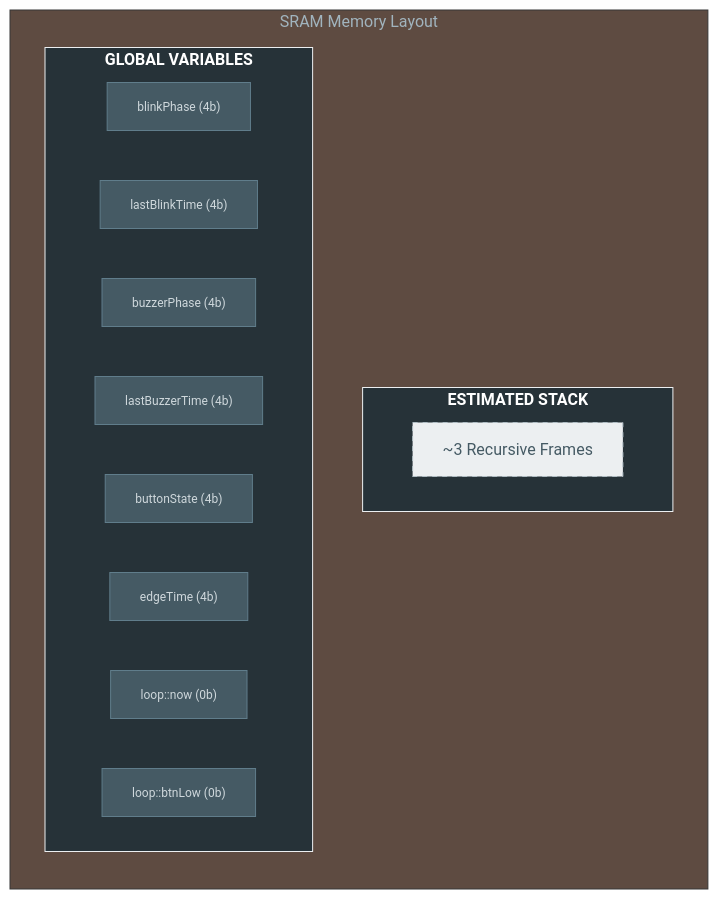
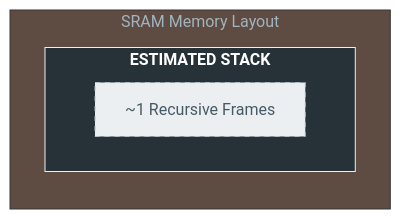
The sixth of 8 diagrams in demo/src/out/sketch/diagnostics.md (typecad/hal), drawn with Mermaid before and after one commit. The commit also changed other lines of this file and 101 other files, not shown here.

````diff
--- a/demo/src/out/sketch/diagnostics.md
+++ b/demo/src/out/sketch/diagnostics.md
@@ -258,25 +118,14 @@
 ```mermaid
 %%{init: { 'theme': 'base', 'themeVariables': { 'primaryColor': '#37474f', 'edgeColor': '#ffffff' } } }%%
 flowchart TD
   classDef section fill:#263238,stroke:#eceff1,color:#fff,font-weight:bold;
   classDef item fill:#455a64,stroke:#607d8b,color:#cfd8dc,font-size:12px;
   classDef stack fill:#eceff1,stroke:#b0bec5,color:#455a64,stroke-dasharray: 5 5;
   subgraph SRAM["SRAM Memory Layout"]
     direction TB
     subgraph StackS["ESTIMATED STACK"]
-      StackFrame["~3 Recursive Frames"]:::stack
+      StackFrame["~1 Recursive Frames"]:::stack
     end
     StackS:::section
-    subgraph GlobalsS["GLOBAL VARIABLES"]
-      v_blinkPhase["blinkPhase (4b)"]:::item
-      v_lastBlinkTime["lastBlinkTime (4b)"]:::item
-      v_buzzerPhase["buzzerPhase (4b)"]:::item
-      v_lastBuzzerTime["lastBuzzerTime (4b)"]:::item
-      v_buttonState["buttonState (4b)"]:::item
-      v_edgeTime["edgeTime (4b)"]:::item
-      v_loop__now["loop::now (0b)"]:::item
-      v_loop__btnLow["loop::btnLow (0b)"]:::item
-    end
-    GlobalsS:::section
   end
 ```
````
